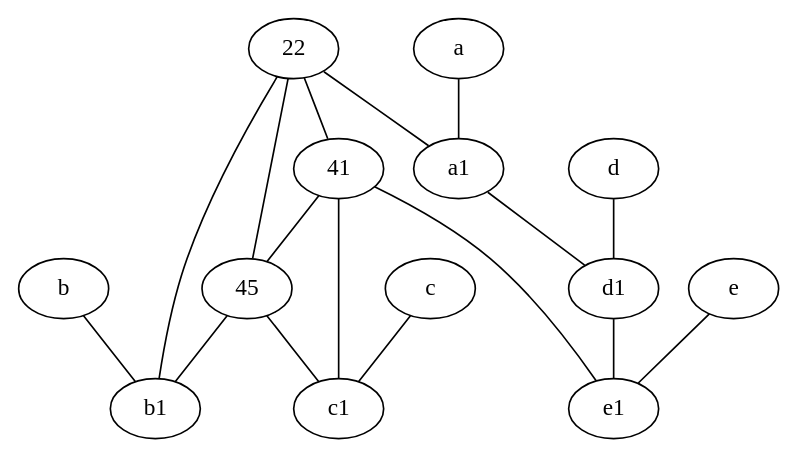
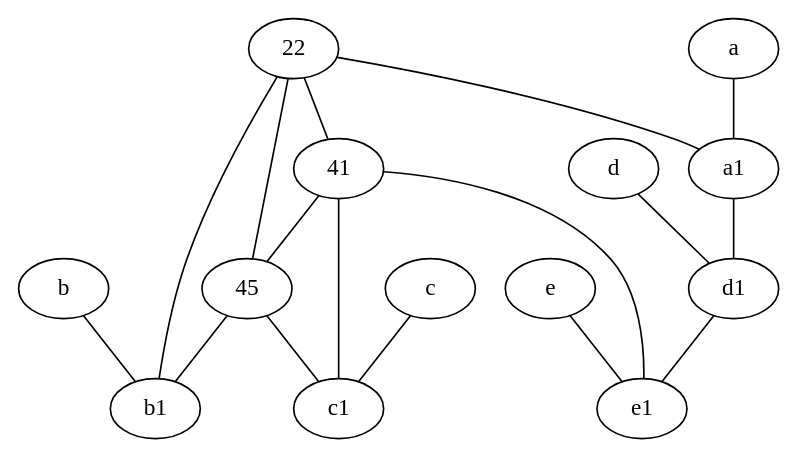
The diagram in results_best/surfnet23/orig.dot (anisabnis/graph_inference), drawn with Graphviz before and after one commit. The commit also changed other lines of this file and 3498 other files, not shown here.

```diff
--- a/results_best/surfnet23/orig.dot
+++ b/results_best/surfnet23/orig.dot
@@ -1,32 +1,32 @@
 graph {
 	node [labelfontsize=50]
+	c1 [labelfontsize=50 pos="4.5,3!"]
 	b [labelfontsize=50 pos="10,4!"]
+	c [labelfontsize=50 pos="4.5,2!"]
+	d [labelfontsize=50 pos="2,5!"]
+	22 [labelfontsize=50]
+	b1 [labelfontsize=50 pos="9,4!"]
 	a1 [labelfontsize=50 pos="8,3!"]
-	45 [labelfontsize=50]
-	c1 [labelfontsize=50 pos="4.5,3!"]
-	d1 [labelfontsize=50 pos="3,5!"]
-	e1 [labelfontsize=50 pos="7,7!"]
+	a [labelfontsize=50 pos="8,2!"]
 	41 [labelfontsize=50]
 	e [labelfontsize=50 pos="7,9!"]
-	d [labelfontsize=50 pos="2,5!"]
-	c [labelfontsize=50 pos="4.5,2!"]
-	a [labelfontsize=50 pos="8,2!"]
-	22 [labelfontsize=50]
-	b1 [labelfontsize=50 pos="9,4!"]
+	45 [labelfontsize=50]
+	e1 [labelfontsize=50 pos="7,7!"]
+	d1 [labelfontsize=50 pos="3,5!"]
+	d1 -- e1
+	d -- d1
+	45 -- c1
+	22 -- b1
+	c -- c1
+	22 -- a1
 	a -- a1
+	b -- b1
+	41 -- c1
+	41 -- 45
+	41 -- e1
+	a1 -- d1
+	22 -- 41
+	e -- e1
 	22 -- 45
-	45 -- c1
 	45 -- b1
-	a1 -- d1
-	d -- d1
-	41 -- e1
-	c -- c1
-	41 -- 45
-	22 -- b1
-	22 -- a1
-	41 -- c1
-	e -- e1
-	b -- b1
-	22 -- 41
-	d1 -- e1
 }
```
